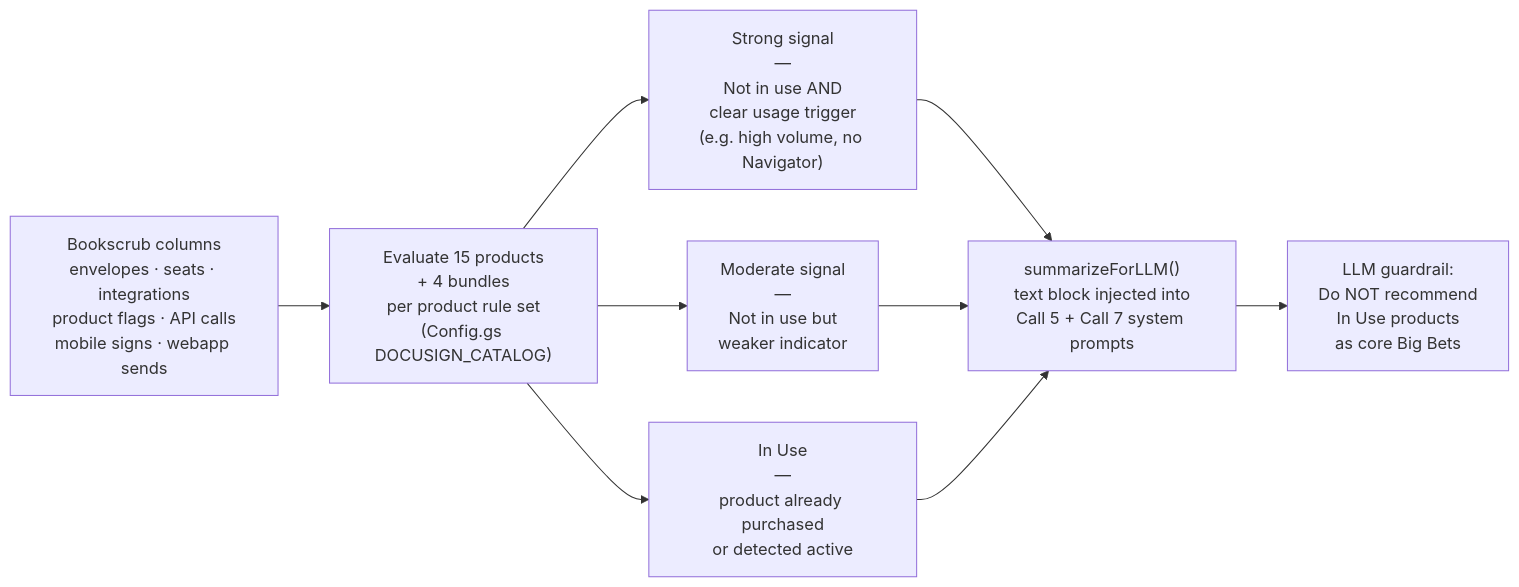
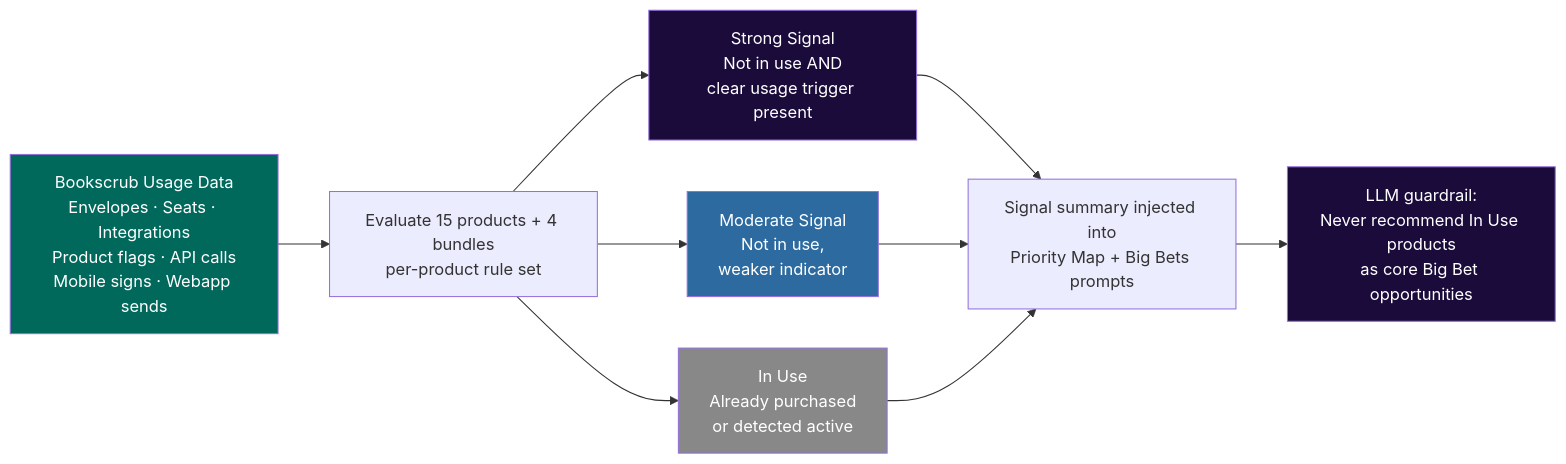
Before and after one commit to prsolans/growth-strategy-2026: the fifth of 6 diagrams in README.md, drawn with Mermaid. The commit also changed other lines of this file, not shown here.

Commit message:
Add README with system architecture and pipeline Mermaid diagrams

````diff
--- a/README.md
+++ b/README.md
@@ -175,15 +179,20 @@
 ```mermaid
 flowchart LR
-    RAW["Bookscrub columns<br/>envelopes · seats · integrations<br/>product flags · API calls<br/>mobile signs · webapp sends"]
+    RAW["Bookscrub Usage Data<br/>Envelopes · Seats · Integrations<br/>Product flags · API calls<br/>Mobile signs · Webapp sends"]
 
-    RAW --> EVAL["Evaluate 15 products<br/>+ 4 bundles<br/>per product rule set<br/>(Config.gs DOCUSIGN_CATALOG)"]
+    RAW --> EVAL["Evaluate 15 products + 4 bundles<br/>per-product rule set"]
 
-    EVAL --> STRONG["Strong signal<br/>—<br/>Not in use AND<br/>clear usage trigger<br/>(e.g. high volume, no Navigator)"]
-    EVAL --> MOD["Moderate signal<br/>—<br/>Not in use but<br/>weaker indicator"]
-    EVAL --> USE["In Use<br/>—<br/>product already purchased<br/>or detected active"]
+    EVAL --> STRONG["Strong Signal<br/>Not in use AND<br/>clear usage trigger present"]
+    EVAL --> MOD["Moderate Signal<br/>Not in use,<br/>weaker indicator"]
+    EVAL --> USE["In Use<br/>Already purchased<br/>or detected active"]
 
-    STRONG & MOD --> SUMMARY["summarizeForLLM()<br/>text block injected into<br/>Call 5 + Call 7 system prompts"]
-    USE --> SUMMARY
+    STRONG & MOD & USE --> SUMMARY["Signal summary injected into<br/>Priority Map + Big Bets prompts"]
 
-    SUMMARY --> GUARDRAIL["LLM guardrail:<br/>Do NOT recommend<br/>In Use products<br/>as core Big Bets"]
+    SUMMARY --> GUARDRAIL["LLM guardrail:<br/>Never recommend In Use products<br/>as core Big Bet opportunities"]
+
+    style RAW fill:#00695C,color:#ffffff
+    style STRONG fill:#1B0B3B,color:#ffffff
+    style MOD fill:#2d6a9f,color:#ffffff
+    style USE fill:#888888,color:#ffffff
+    style GUARDRAIL fill:#1B0B3B,color:#ffffff
 ```
````
